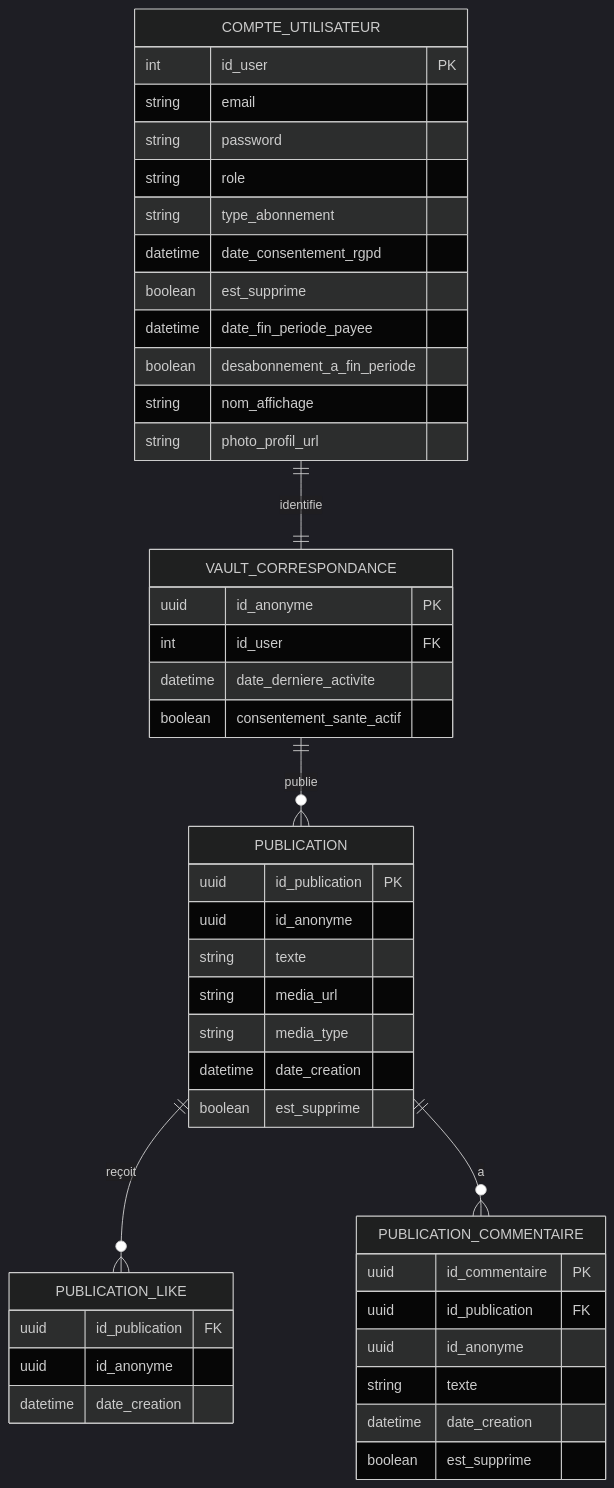
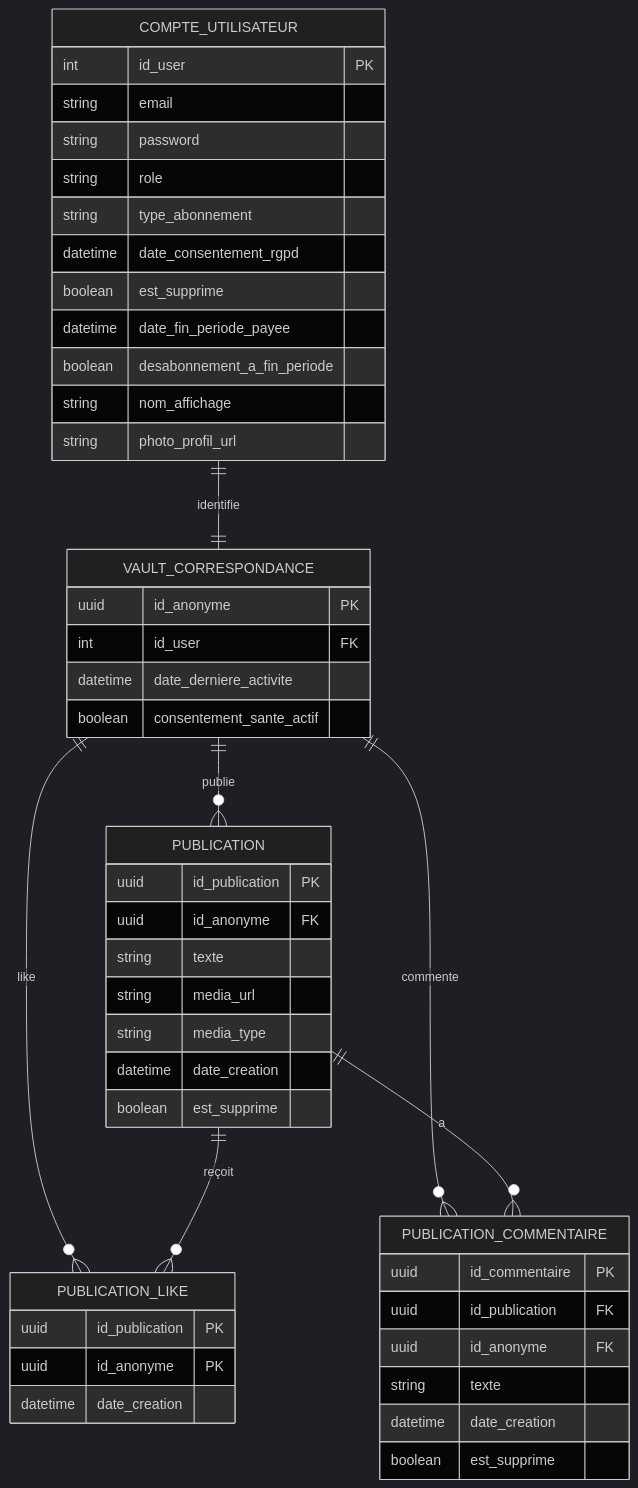
One commit to Gwendal-Ferlin/MSPR502_BDD_Python changed the eighth of 12 diagrams in README.md. Above: the diagram before and after it, drawn with Mermaid (dark theme). The commit also changed other lines of this file, not shown here.

````diff
--- a/README.md
+++ b/README.md
@@ -715,48 +719,51 @@
 ```mermaid
 erDiagram
     COMPTE_UTILISATEUR ||--|| VAULT_CORRESPONDANCE : "identifie"
     VAULT_CORRESPONDANCE ||--o{ PUBLICATION : "publie"
+    VAULT_CORRESPONDANCE ||--o{ PUBLICATION_LIKE : "like"
+    VAULT_CORRESPONDANCE ||--o{ PUBLICATION_COMMENTAIRE : "commente"
     PUBLICATION ||--o{ PUBLICATION_LIKE : "reçoit"
     PUBLICATION ||--o{ PUBLICATION_COMMENTAIRE : "a"
+
     COMPTE_UTILISATEUR {
         int id_user PK
         string email
         string password
         string role
         string type_abonnement
         datetime date_consentement_rgpd
         boolean est_supprime
         datetime date_fin_periode_payee
         boolean desabonnement_a_fin_periode
         string nom_affichage
         string photo_profil_url
     }
     VAULT_CORRESPONDANCE {
         uuid id_anonyme PK
         int id_user FK
         datetime date_derniere_activite
         boolean consentement_sante_actif
     }
     PUBLICATION {
         uuid id_publication PK
-        uuid id_anonyme
+        uuid id_anonyme FK
         string texte
         string media_url
         string media_type
         datetime date_creation
         boolean est_supprime
     }
     PUBLICATION_LIKE {
-        uuid id_publication FK
-        uuid id_anonyme
+        uuid id_publication PK
+        uuid id_anonyme PK
         datetime date_creation
     }
     PUBLICATION_COMMENTAIRE {
         uuid id_commentaire PK
         uuid id_publication FK
-        uuid id_anonyme
+        uuid id_anonyme FK
         string texte
         datetime date_creation
         boolean est_supprime
     }
 ```
````
